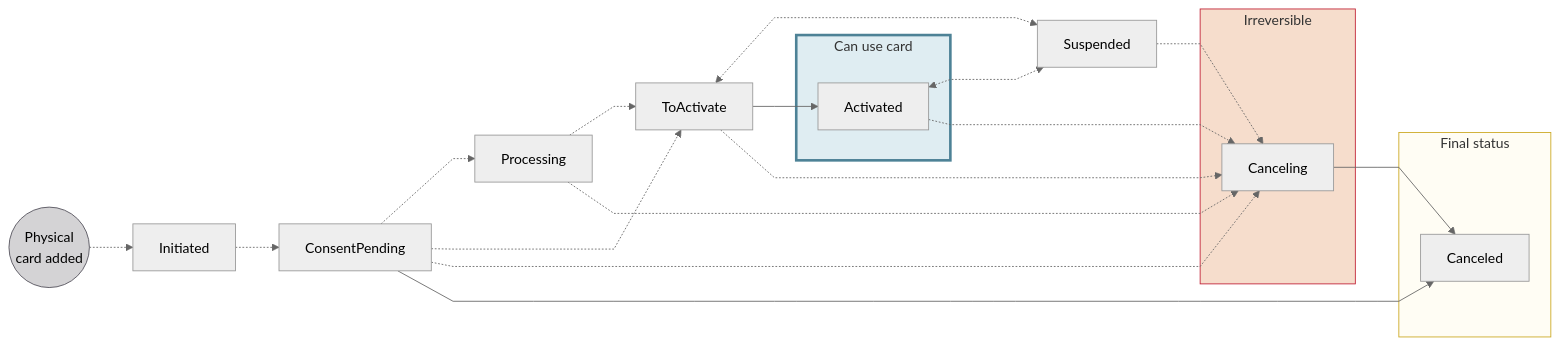
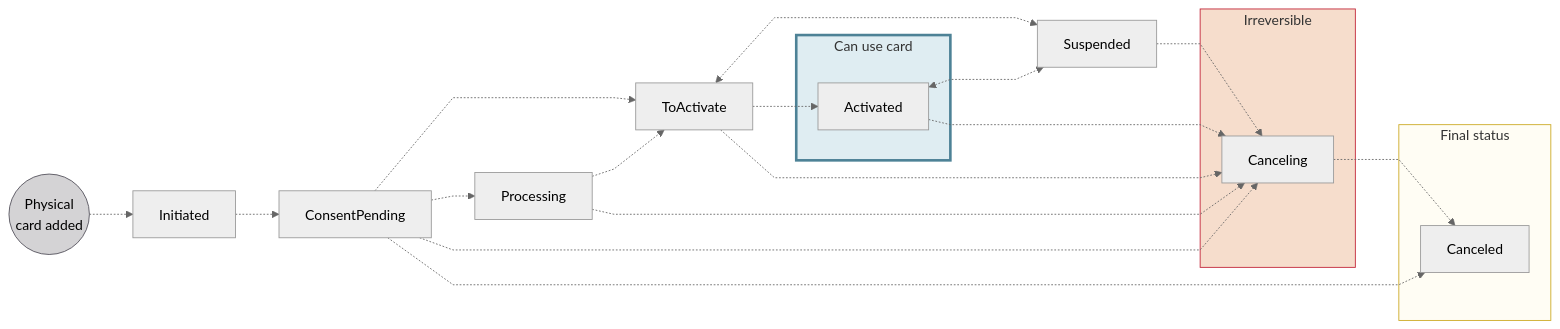
Before and after one commit to swan-io/docs: the first of 2 diagrams in docs/topics/cards/physical/index.mdx, drawn with Mermaid (neutral theme). The commit also changed other lines of this file, not shown here.

````diff
--- a/docs/topics/cards/physical/index.mdx
+++ b/docs/topics/cards/physical/index.mdx
@@ -134,32 +134,32 @@
 ```mermaid
 %%{ init: { 'flowchart': { 'curve': 'linear' } } }%%
 flowchart LR
     PCA((Physical<br/>card added)) -.-> I[Initiated]
     TA <-.-> S
     I -.-> CP[ConsentPending]
+    CP -.-> TA
     CP -.-> P[Processing]
     P -.-> TA[ToActivate]
-    TA --> A[Activated]
+    TA -.-> A[Activated]
     A <-..-> S[Suspended]
     A -.-> CL
     S -.-> CL[Canceling]
-    CL --> CD[Canceled]
-    CP -.-> TA
+    CL -.-> CD[Canceled]
     CP -.-> CL
-    CP --> CD
+    CP -.-> CD
     P -.-> CL
     TA -.-> CL
     subgraph U[Can use card]
         A
     end
     subgraph IR[Irreversible]
         CL
     end
     subgraph F[Final status]
         CD
     end
     style PCA fill:#D4D3D5,stroke:#514F59
     style F fill:#fffdf4,stroke:#cca922
     style U fill:#dfedf2,stroke:#4d8296,stroke-width:3px
     style IR fill:#f6ddcc,stroke:#c12236
 ```
````
